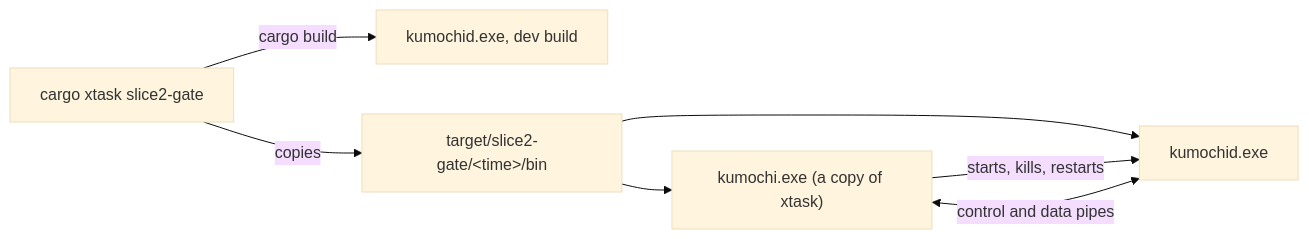
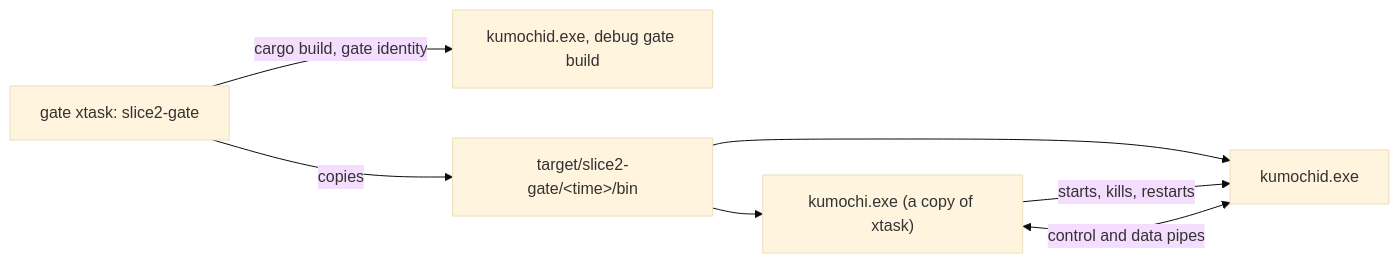
One commit to labcoder/capsula changed the diagram in docs/development/slice2-gate.md. Above: the diagram before and after it, drawn with Mermaid (base theme). The commit also changed other lines of this file and 6 other files, not shown here.

Commit message:
docs: describe the gate identity and how each gate tool starts

````diff
--- a/docs/development/slice2-gate.md
+++ b/docs/development/slice2-gate.md
@@ -8,9 +13,9 @@
 ```mermaid
 flowchart LR
-  X[cargo xtask slice2-gate] -->|cargo build| B[kumochid.exe, dev build]
+  X[gate xtask: slice2-gate] -->|cargo build, gate identity| B[kumochid.exe, debug gate build]
   X -->|copies| F["target/slice2-gate/&lt;time&gt;/bin"]
   F --> C["kumochi.exe (a copy of xtask)"]
   F --> D[kumochid.exe]
   C -->|starts, kills, restarts| D
   C <-->|control and data pipes| D
 ```
````
